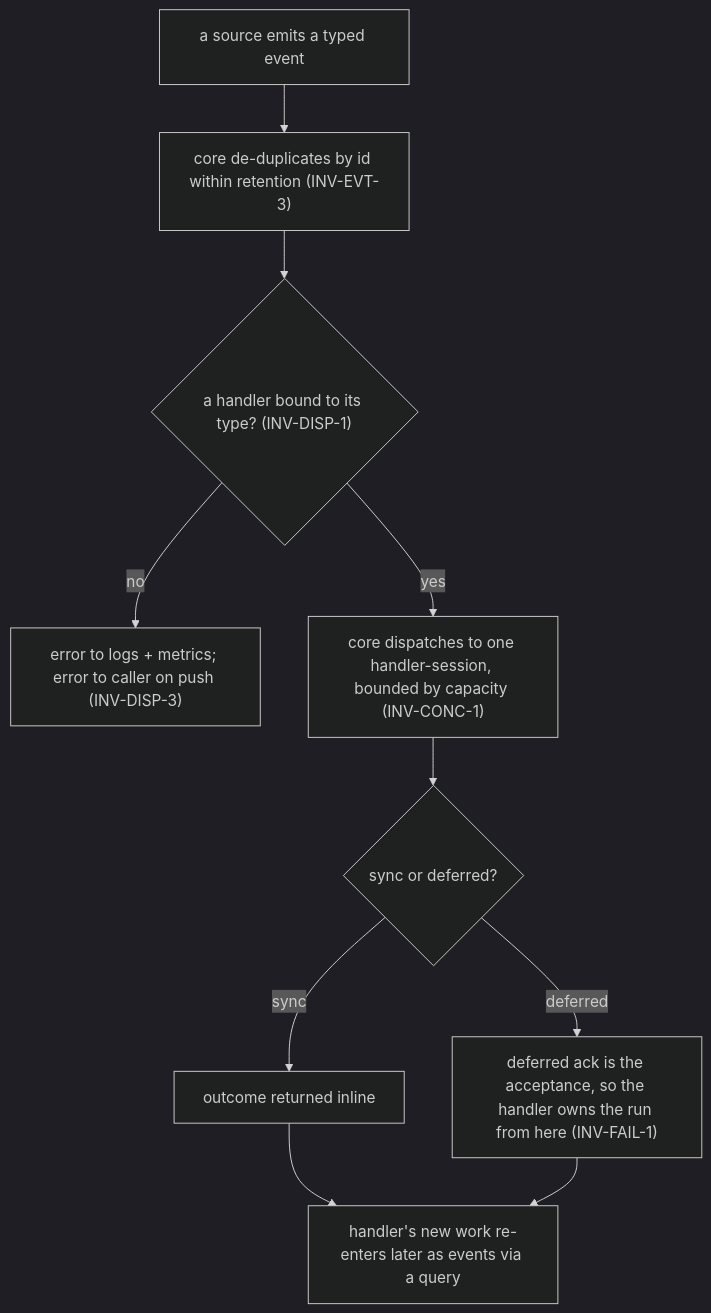
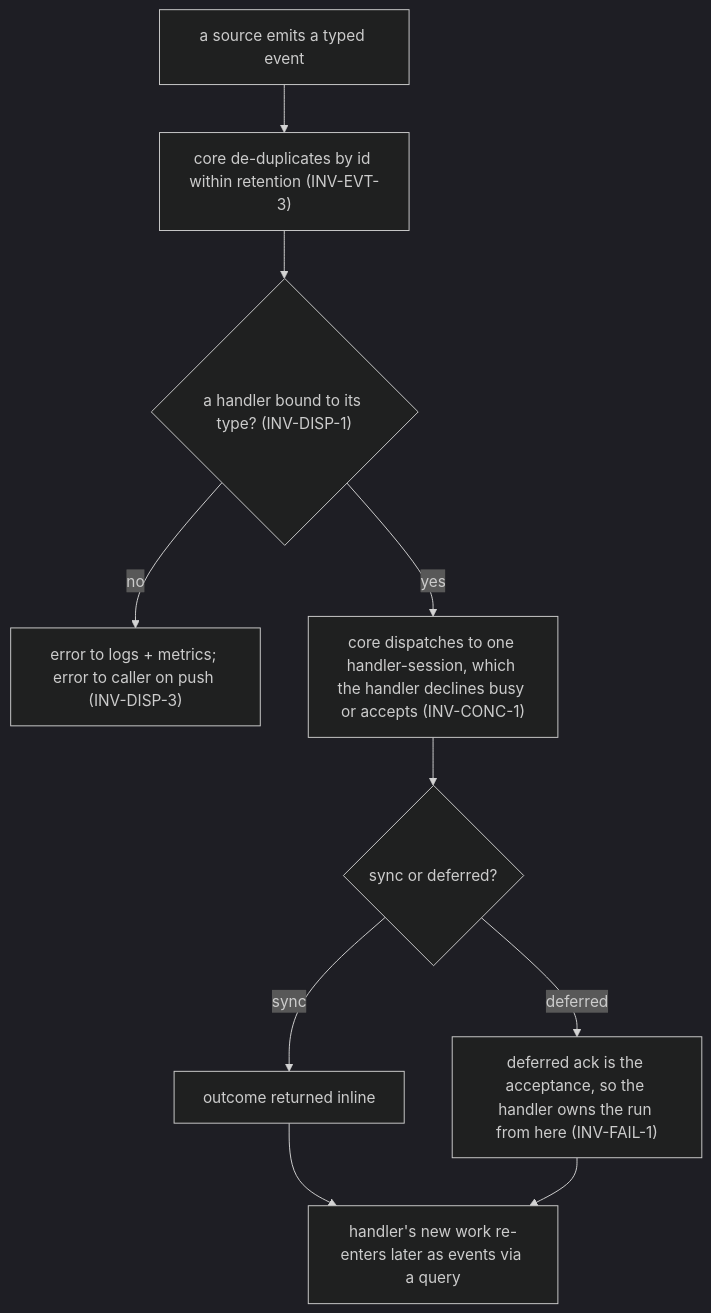
Before and after one commit to phillipgreenii/nix-agent-support: the sixth of 13 diagrams in packages/pr-pool/docs/behavior/journeys.md, drawn with Mermaid (dark theme). The commit also changed other lines of this file and 5 other files, not shown here.

````diff
--- a/packages/pr-pool/docs/behavior/journeys.md
+++ b/packages/pr-pool/docs/behavior/journeys.md
@@ -297,12 +299,12 @@
 ```mermaid
 flowchart TD
     emit["a source emits a typed event"] --> dedup["core de-duplicates by id within retention (INV-EVT-3)"]
     dedup --> route{"a handler bound to its type? (INV-DISP-1)"}
     route -->|no| err["error to logs + metrics; error to caller on push (INV-DISP-3)"]
-    route -->|yes| disp["core dispatches to one handler-session, bounded by capacity (INV-CONC-1)"]
+    route -->|yes| disp["core dispatches to one handler-session, which the handler declines busy or accepts (INV-CONC-1)"]
     disp --> reply{"sync or deferred?"}
     reply -->|sync| out["outcome returned inline"]
     reply -->|deferred| cb["deferred ack is the acceptance, so the handler owns the run from here (INV-FAIL-1)"]
     out --> done["handler's new work re-enters later as events via a query"]
     cb --> done
 ```
````
